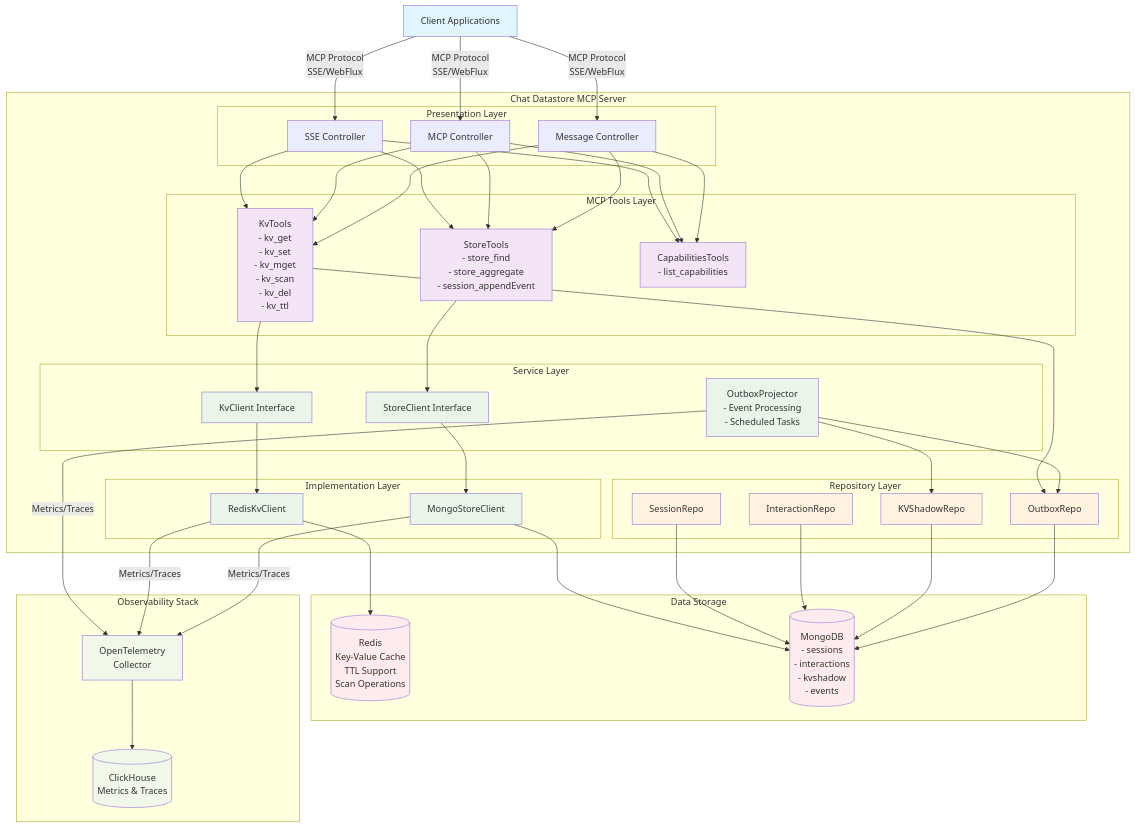
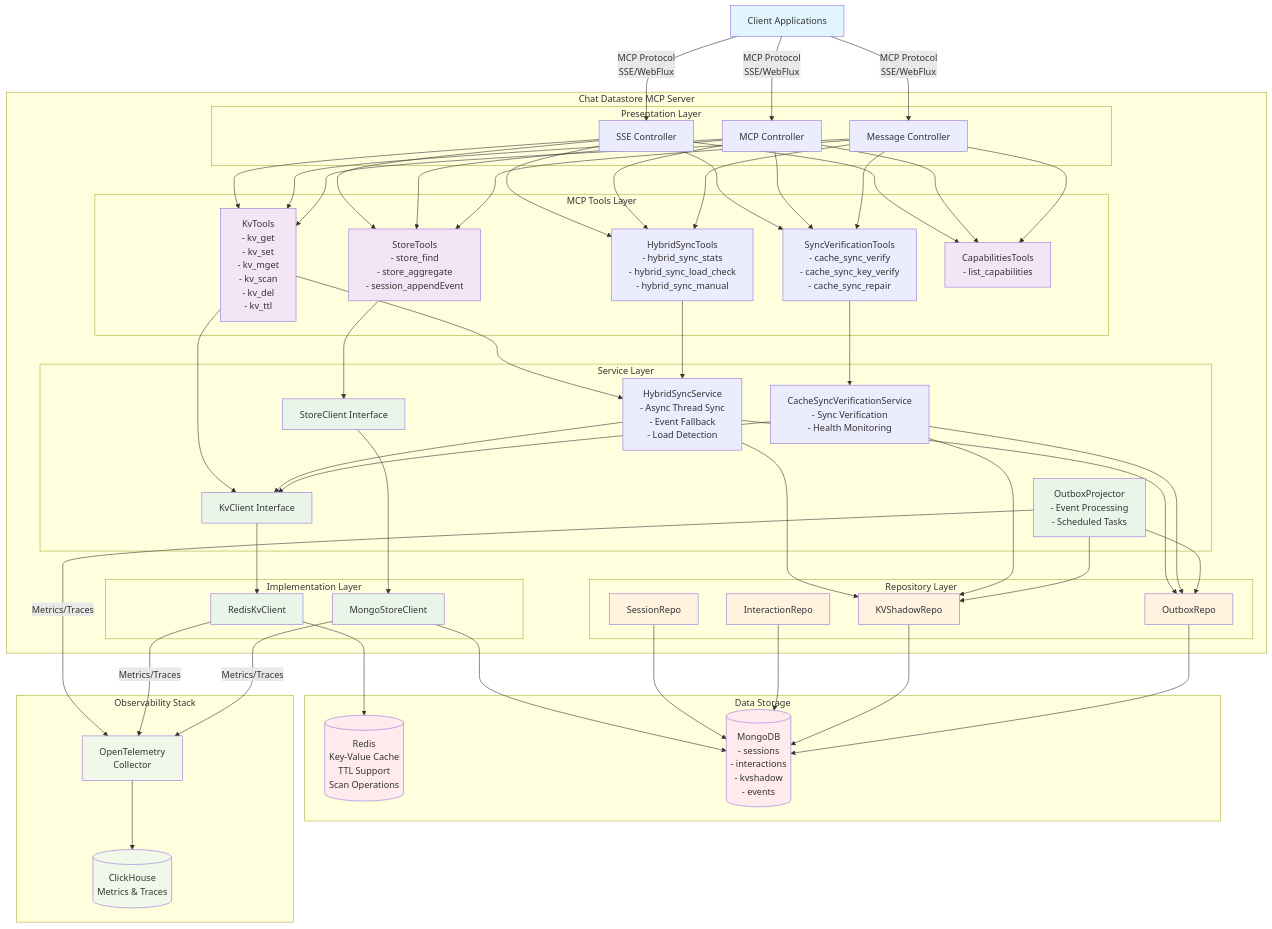
The first of 5 diagrams in README.md (praneethchandra/chat-datastore-mcp), drawn with Mermaid before and after one commit. The commit also changed other lines of this file and 15 other files, not shown here.

```diff
--- a/README.md
+++ b/README.md
@@ -42,11 +44,15 @@
         subgraph "MCP Tools Layer"
             KvTools[KvTools<br/>- kv_get<br/>- kv_set<br/>- kv_mget<br/>- kv_scan<br/>- kv_del<br/>- kv_ttl]
             StoreTools[StoreTools<br/>- store_find<br/>- store_aggregate<br/>- session_appendEvent]
+            SyncTools[SyncVerificationTools<br/>- cache_sync_verify<br/>- cache_sync_key_verify<br/>- cache_sync_repair]
+            HybridTools[HybridSyncTools<br/>- hybrid_sync_stats<br/>- hybrid_sync_load_check<br/>- hybrid_sync_manual]
             CapTools[CapabilitiesTools<br/>- list_capabilities]
         end
         
         subgraph "Service Layer"
             OutboxProjector[OutboxProjector<br/>- Event Processing<br/>- Scheduled Tasks]
+            HybridSync[HybridSyncService<br/>- Async Thread Sync<br/>- Event Fallback<br/>- Load Detection]
+            CacheSync[CacheSyncVerificationService<br/>- Sync Verification<br/>- Health Monitoring]
             KvClient[KvClient Interface]
             StoreClient[StoreClient Interface]
         end
@@ -82,18 +88,34 @@
     %% Controller to Tools
     SSE --> KvTools
     SSE --> StoreTools
+    SSE --> SyncTools
+    SSE --> HybridTools
     SSE --> CapTools
     MCP --> KvTools
     MCP --> StoreTools
+    MCP --> SyncTools
+    MCP --> HybridTools
     MCP --> CapTools
     MSG --> KvTools
     MSG --> StoreTools
+    MSG --> SyncTools
+    MSG --> HybridTools
     MSG --> CapTools
     
     %% Tools to Services
+    KvTools --> HybridSync
     KvTools --> KvClient
-    KvTools --> OutboxRepo
     StoreTools --> StoreClient
+    SyncTools --> CacheSync
+    HybridTools --> HybridSync
+    
+    %% Service dependencies
+    HybridSync --> KvClient
+    HybridSync --> KVShadowRepo
+    HybridSync --> OutboxRepo
+    CacheSync --> KvClient
+    CacheSync --> KVShadowRepo
+    CacheSync --> OutboxRepo
     
     %% Service implementations
     KvClient --> RedisKvClient
```
